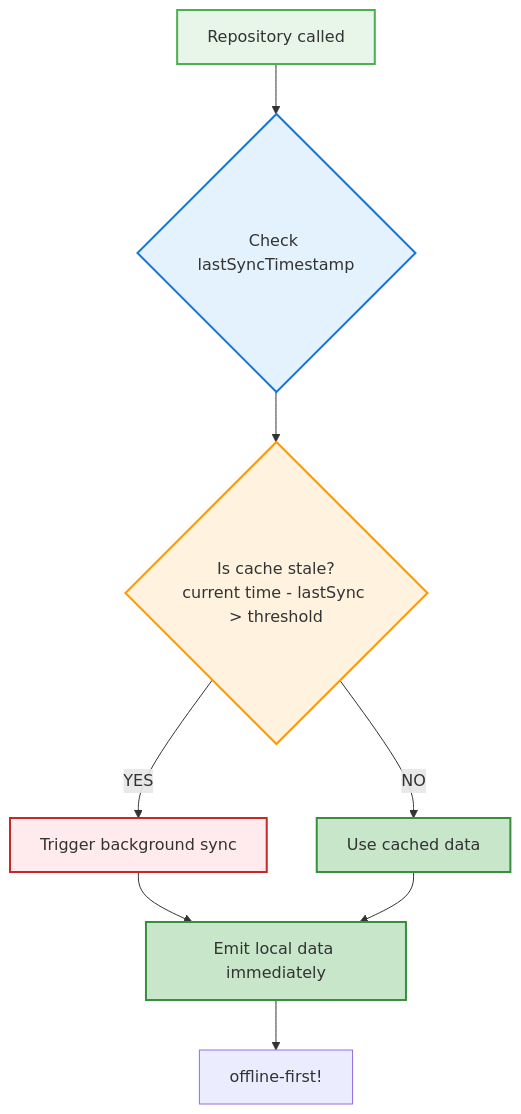
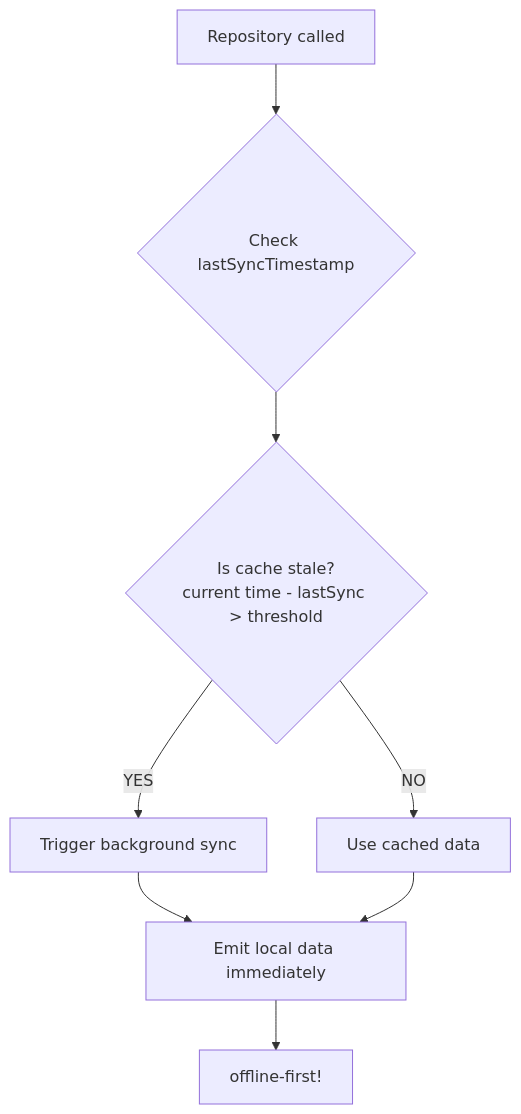
One commit to atick-faisal/Jetpack-Android-Starter changed the tenth of 13 diagrams in docs/data-flow.md. Above: the diagram before and after it, drawn with Mermaid. The commit also changed other lines of this file and 31 other files, not shown here.

````diff
--- a/docs/data-flow.md
+++ b/docs/data-flow.md
@@ -405,17 +373,10 @@
 ```mermaid
 graph TD
     Start[Repository called] --> Check{Check lastSyncTimestamp}
     Check --> Stale{Is cache stale?<br/>current time - lastSync > threshold}
     Stale -->|YES| Sync[Trigger background sync]
     Stale -->|NO| Use[Use cached data]
     Sync --> Emit[Emit local data immediately]
     Use --> Emit
     Emit --> End[offline-first!]
-
-    style Start fill:#E8F5E9,stroke:#4CAF50,stroke-width:2px
-    style Check fill:#E3F2FD,stroke:#1976D2,stroke-width:2px
-    style Stale fill:#FFF3E0,stroke:#FF9800,stroke-width:2px
-    style Sync fill:#FFEBEE,stroke:#C62828,stroke-width:2px
-    style Use fill:#C8E6C9,stroke:#388E3C,stroke-width:2px
-    style Emit fill:#C8E6C9,stroke:#388E3C,stroke-width:2px
 ```
````
